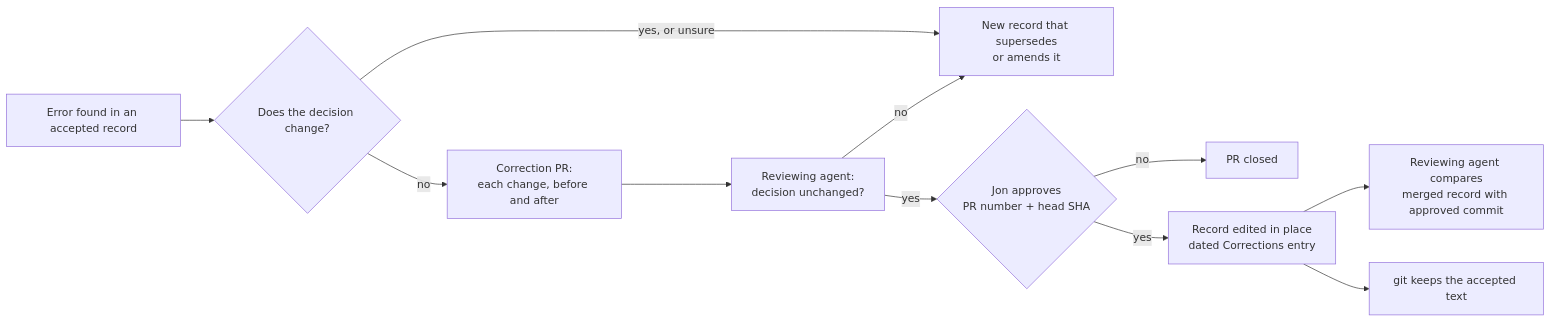
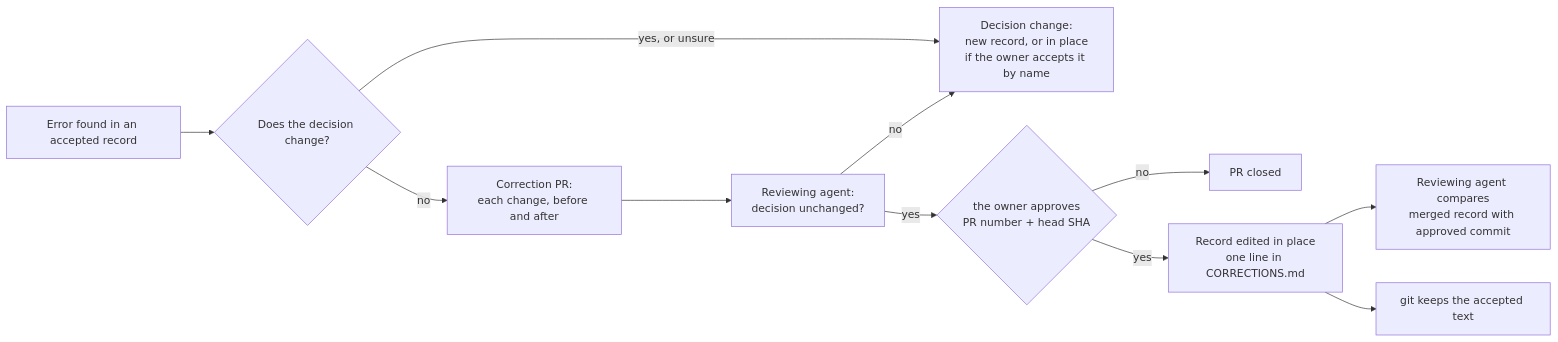
The diagram in docs/decisions/0006-allow-corrections-to-accepted-records.md (jonhill90/central-hub), drawn with Mermaid before and after one commit. The commit also changed other lines of this file and 59 other files, not shown here.

First line of the commit message:
docs: fix decision records in place and change .github/docs-check and .github/vale (#42)

````diff
--- a/docs/decisions/0006-allow-corrections-to-accepted-records.md
+++ b/docs/decisions/0006-allow-corrections-to-accepted-records.md
@@ -54,13 +51,13 @@
 ```mermaid
 flowchart LR
   E[Error found in an accepted record] --> Q{Does the decision change?}
-  Q -- yes, or unsure --> N[New record that supersedes<br/>or amends it]
+  Q -- yes, or unsure --> N[Decision change:<br/>new record, or in place<br/>if the owner accepts it by name]
   Q -- no --> P[Correction PR:<br/>each change, before and after]
   P --> R[Reviewing agent:<br/>decision unchanged?]
   R -- no --> N
-  R -- yes --> J{Jon approves<br/>PR number + head SHA}
+  R -- yes --> J{the owner approves<br/>PR number + head SHA}
   J -- no --> X[PR closed]
-  J -- yes --> C[Record edited in place<br/>dated Corrections entry]
+  J -- yes --> C[Record edited in place<br/>one line in CORRECTIONS.md]
   C --> V[Reviewing agent compares<br/>merged record with approved commit]
   C --> G[git keeps the accepted text]
 ```
````
